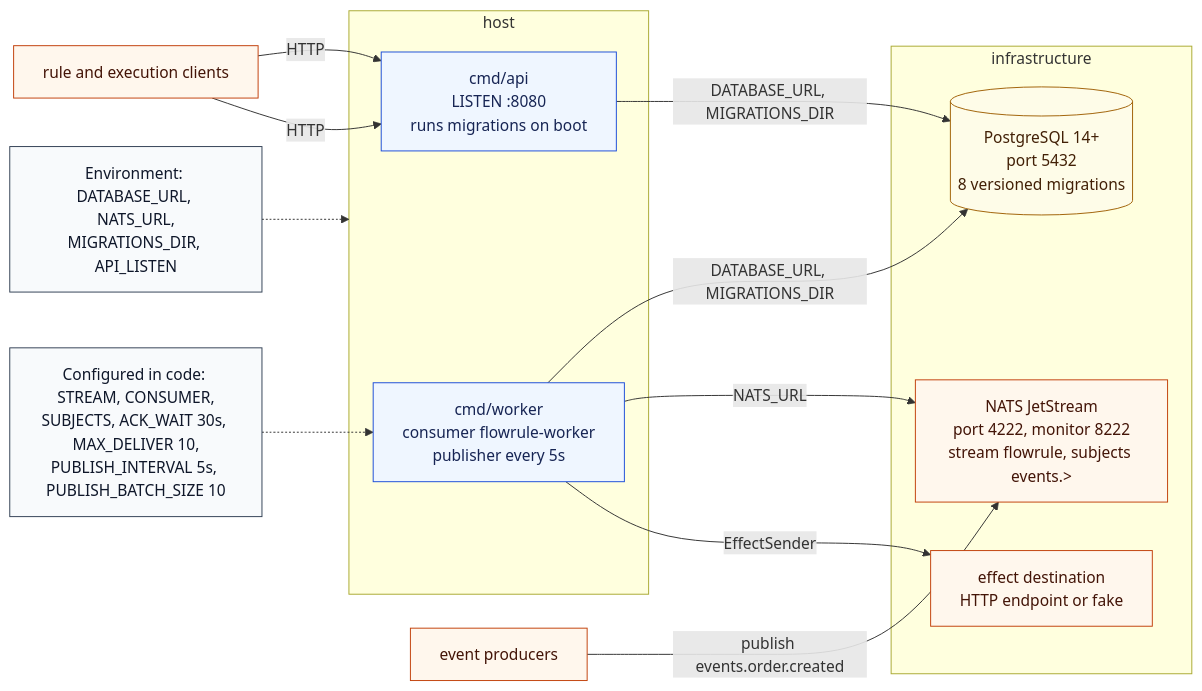
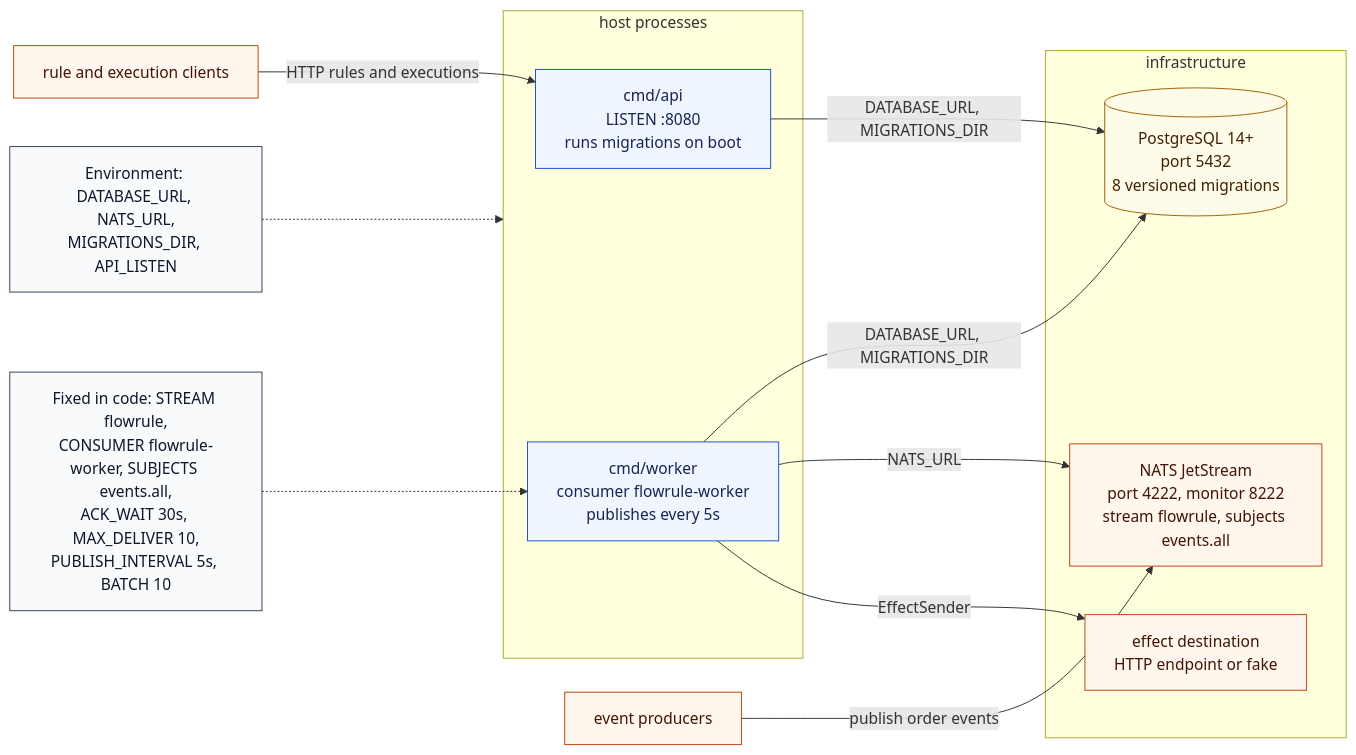
One commit to premchandkpc/kafka-simulate-rule changed the diagram in docs/20-deployment-topology.mmd. Above: the diagram before and after it, drawn with Mermaid. The commit also changed 17 other files, not shown here.

Commit message:
docs: enrich mermaid diagrams and fix parse errors

```diff
--- a/docs/20-deployment-topology.mmd
+++ b/docs/20-deployment-topology.mmd
@@ -1,34 +1,33 @@
 flowchart LR
-    %% Design view: processes, infrastructure, ports, and environment variables.
+    %% Design view: processes, infrastructure, ports, and configuration.
     classDef entry fill:#eff6ff,stroke:#1d4ed8,color:#172554
     classDef store fill:#fefce8,stroke:#a16207,color:#422006
     classDef ext fill:#fff7ed,stroke:#c2410c,color:#431407
     classDef note fill:#f8fafc,stroke:#334155,color:#0f172a
 
-    subgraph Host["host"]
+    subgraph Host["host processes"]
         API["cmd/api<br/>LISTEN :8080<br/>runs migrations on boot"]:::entry
-        Worker["cmd/worker<br/>consumer flowrule-worker<br/>publisher every 5s"]:::entry
+        Worker["cmd/worker<br/>consumer flowrule-worker<br/>publishes every 5s"]:::entry
     end
 
     subgraph Infra["infrastructure"]
         PG[("PostgreSQL 14+<br/>port 5432<br/>8 versioned migrations")]:::store
-        NATS["NATS JetStream<br/>port 4222, monitor 8222<br/>stream flowrule, subjects events.>"]:::ext
+        NATS["NATS JetStream<br/>port 4222, monitor 8222<br/>stream flowrule, subjects events.all"]:::ext
         Dest["effect destination<br/>HTTP endpoint or fake"]:::ext
     end
 
     Client["rule and execution clients"]:::ext
+    Producer["event producers"]:::ext
 
-    Client -->|HTTP| API
-    Client -->|HTTP| API
-    Producer["event producers"]:::ext
-    Producer -->|publish events.order.created| NATS
+    Client -->|HTTP rules and executions| API
+    Producer -->|publish order events| NATS
 
     API -->|DATABASE_URL, MIGRATIONS_DIR| PG
     Worker -->|DATABASE_URL, MIGRATIONS_DIR| PG
     Worker -->|NATS_URL| NATS
     Worker -->|EffectSender| Dest
 
     Env["Environment: DATABASE_URL, NATS_URL,<br/>MIGRATIONS_DIR, API_LISTEN"]:::note
-    Code["Configured in code: STREAM, CONSUMER,<br/>SUBJECTS, ACK_WAIT 30s, MAX_DELIVER 10,<br/>PUBLISH_INTERVAL 5s, PUBLISH_BATCH_SIZE 10"]:::note
+    Code["Fixed in code: STREAM flowrule,<br/>CONSUMER flowrule-worker, SUBJECTS events.all,<br/>ACK_WAIT 30s, MAX_DELIVER 10,<br/>PUBLISH_INTERVAL 5s, BATCH 10"]:::note
     Env -.-> Host
     Code -.-> Worker
```
